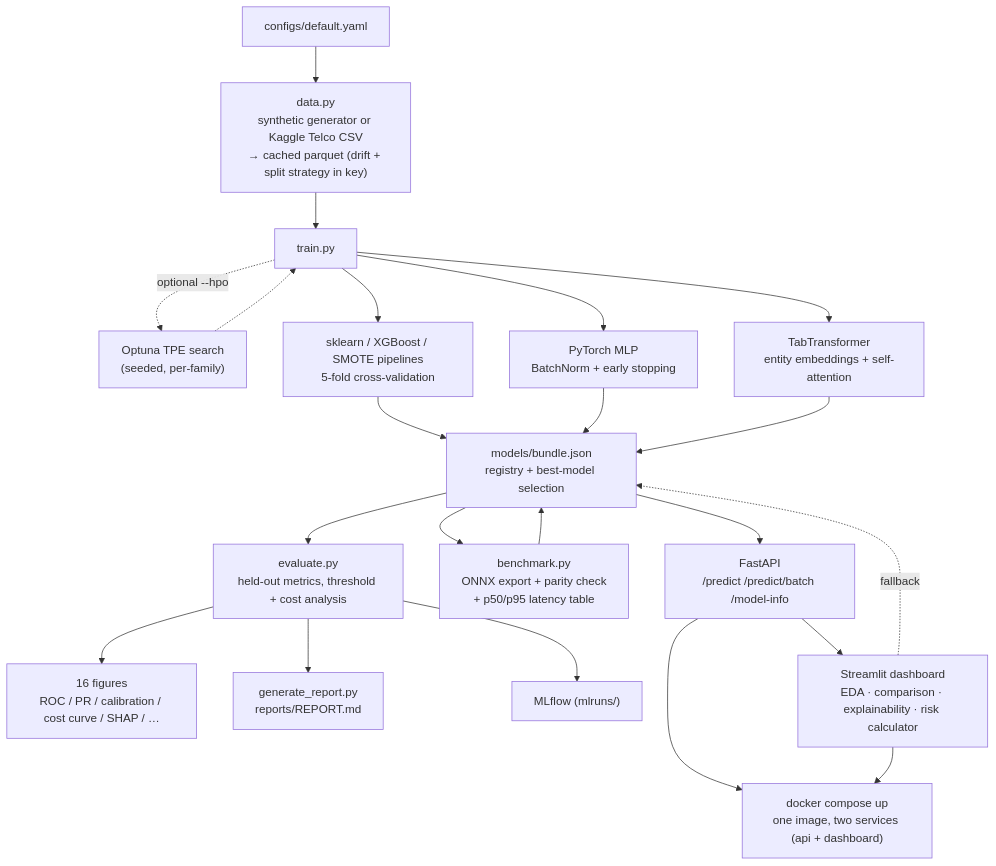
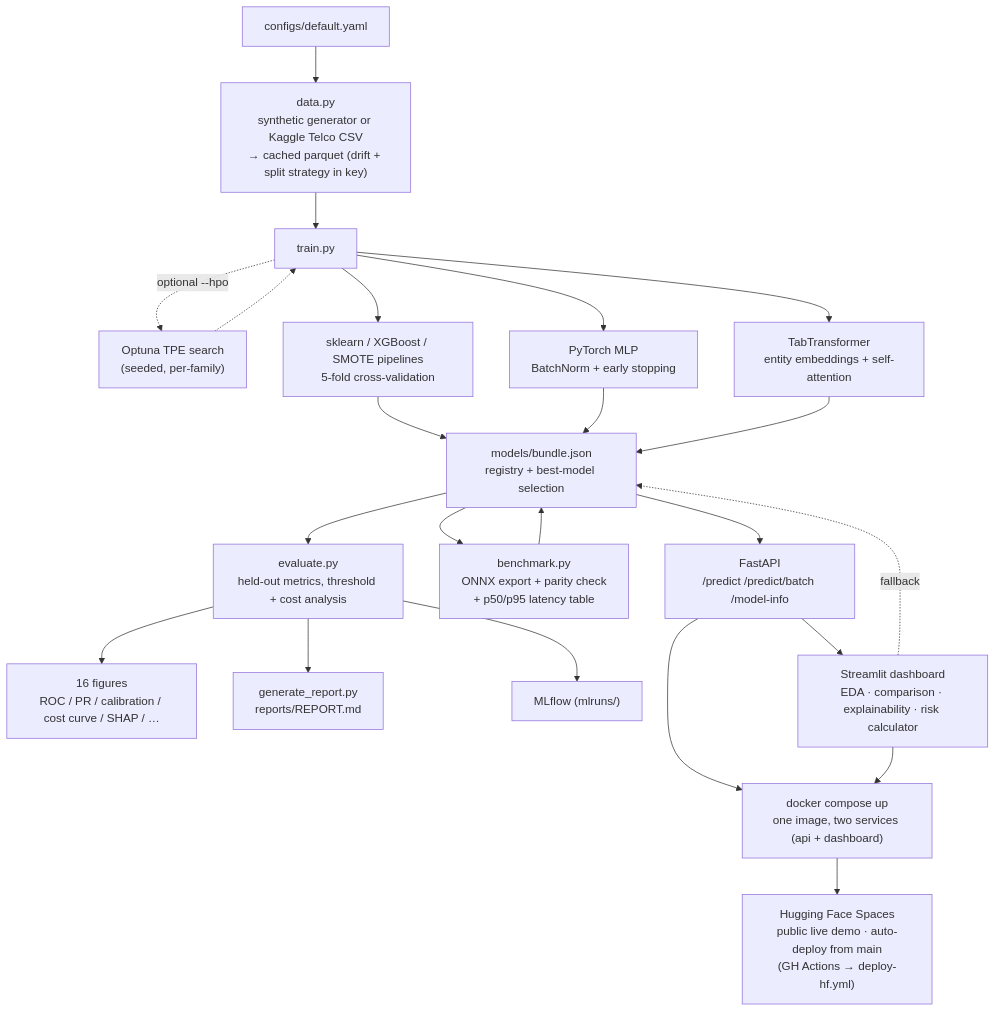
Before and after one commit to skm-edu4/Customer-Churn-Prediction: the diagram in README.md, drawn with Mermaid. The commit also changed other lines of this file and 7 other files, not shown here.

Commit message:
Add Hugging Face Spaces deployment with auto-deploy CI and CPU-only image

````diff
--- a/README.md
+++ b/README.md
@@ -85,24 +90,25 @@
 ```mermaid
 flowchart TD
     A["configs/default.yaml"] --> B["data.py<br/>synthetic generator or Kaggle Telco CSV<br/>→ cached parquet (drift + split strategy in key)"]
     B --> C["train.py"]
     C -.->|optional --hpo| C0["Optuna TPE search<br/>(seeded, per-family)"]
     C0 -.-> C
     C --> C1["sklearn / XGBoost / SMOTE pipelines<br/>5-fold cross-validation"]
     C --> C2["PyTorch MLP<br/>BatchNorm + early stopping"]
     C --> C3["TabTransformer<br/>entity embeddings + self-attention"]
     C1 --> D["models/bundle.json<br/>registry + best-model selection"]
     C2 --> D
     C3 --> D
     D --> E["evaluate.py<br/>held-out metrics, threshold + cost analysis"]
     E --> F["16 figures<br/>ROC / PR / calibration / cost curve / SHAP / …"]
     E --> G["generate_report.py<br/>reports/REPORT.md"]
     E --> H["MLflow (mlruns/)"]
     D --> K["benchmark.py<br/>ONNX export + parity check<br/>+ p50/p95 latency table"]
     K --> D
     D --> I["FastAPI<br/>/predict /predict/batch /model-info"]
     I --> J["Streamlit dashboard<br/>EDA · comparison · explainability · risk calculator"]
     J -.->|fallback| D
     I --> L["docker compose up<br/>one image, two services (api + dashboard)"]
     J --> L
+    L --> M["Hugging Face Spaces<br/>public live demo · auto-deploy from main<br/>(GH Actions → deploy-hf.yml)"]
 ```
````
